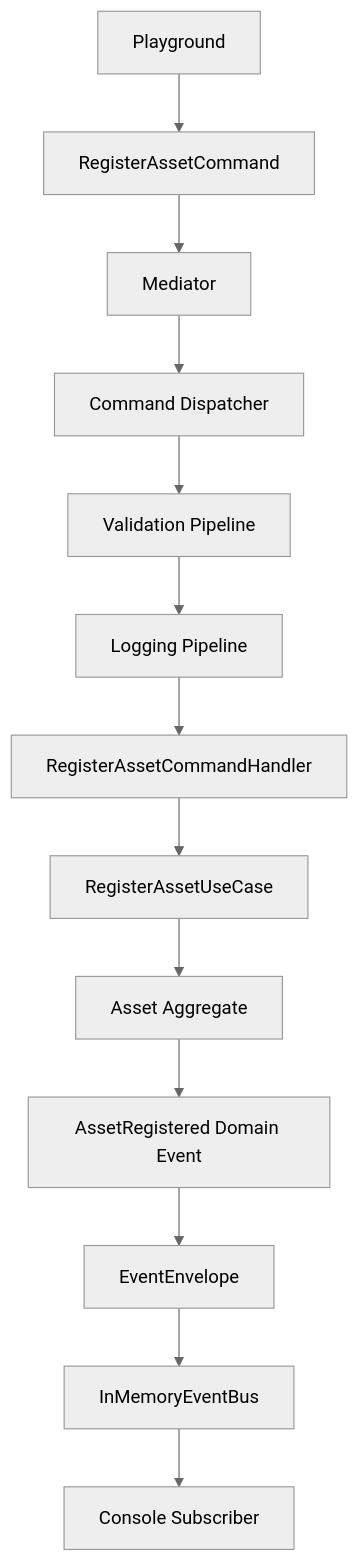
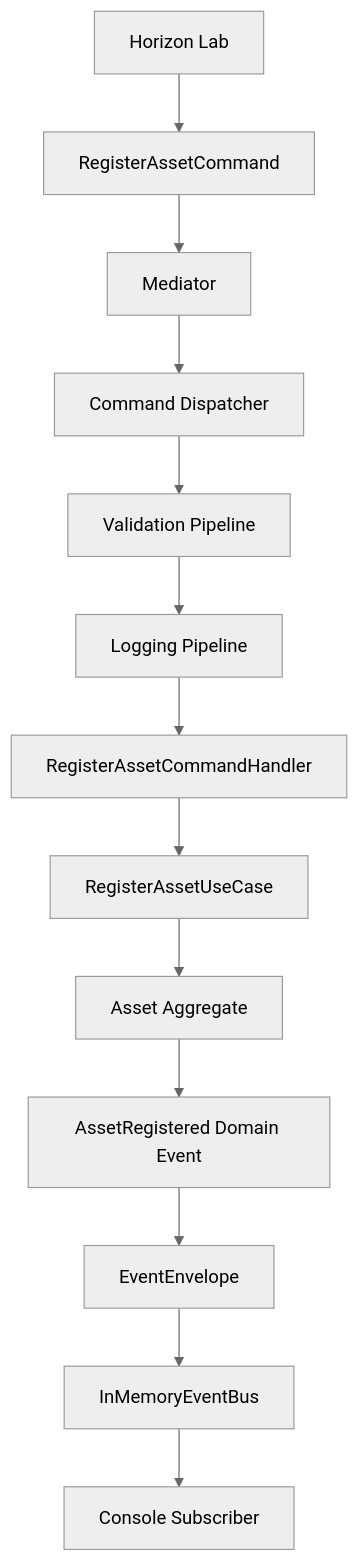
The first of 2 diagrams in docs/specifications/SPEC-0002-APPLICATION-LAYER.md (jdrpires/Horizon), drawn with Mermaid (neutral theme) before and after one commit. The commit also changed other lines of this file and 51 other files, not shown here.

````diff
--- a/docs/specifications/SPEC-0002-APPLICATION-LAYER.md
+++ b/docs/specifications/SPEC-0002-APPLICATION-LAYER.md
@@ -13,15 +13,15 @@
 ```mermaid
 flowchart TD
-    P["Playground"] --> C["RegisterAssetCommand"]
+    P["Horizon Lab"] --> C["RegisterAssetCommand"]
     C --> M["Mediator"]
     M --> D["Command Dispatcher"]
     D --> VP["Validation Pipeline"]
     VP --> LP["Logging Pipeline"]
     LP --> H["RegisterAssetCommandHandler"]
     H --> U["RegisterAssetUseCase"]
     U --> A["Asset Aggregate"]
     A --> E["AssetRegistered Domain Event"]
     E --> X["EventEnvelope"]
     X --> B["InMemoryEventBus"]
     B --> O["Console Subscriber"]
 ```
````
